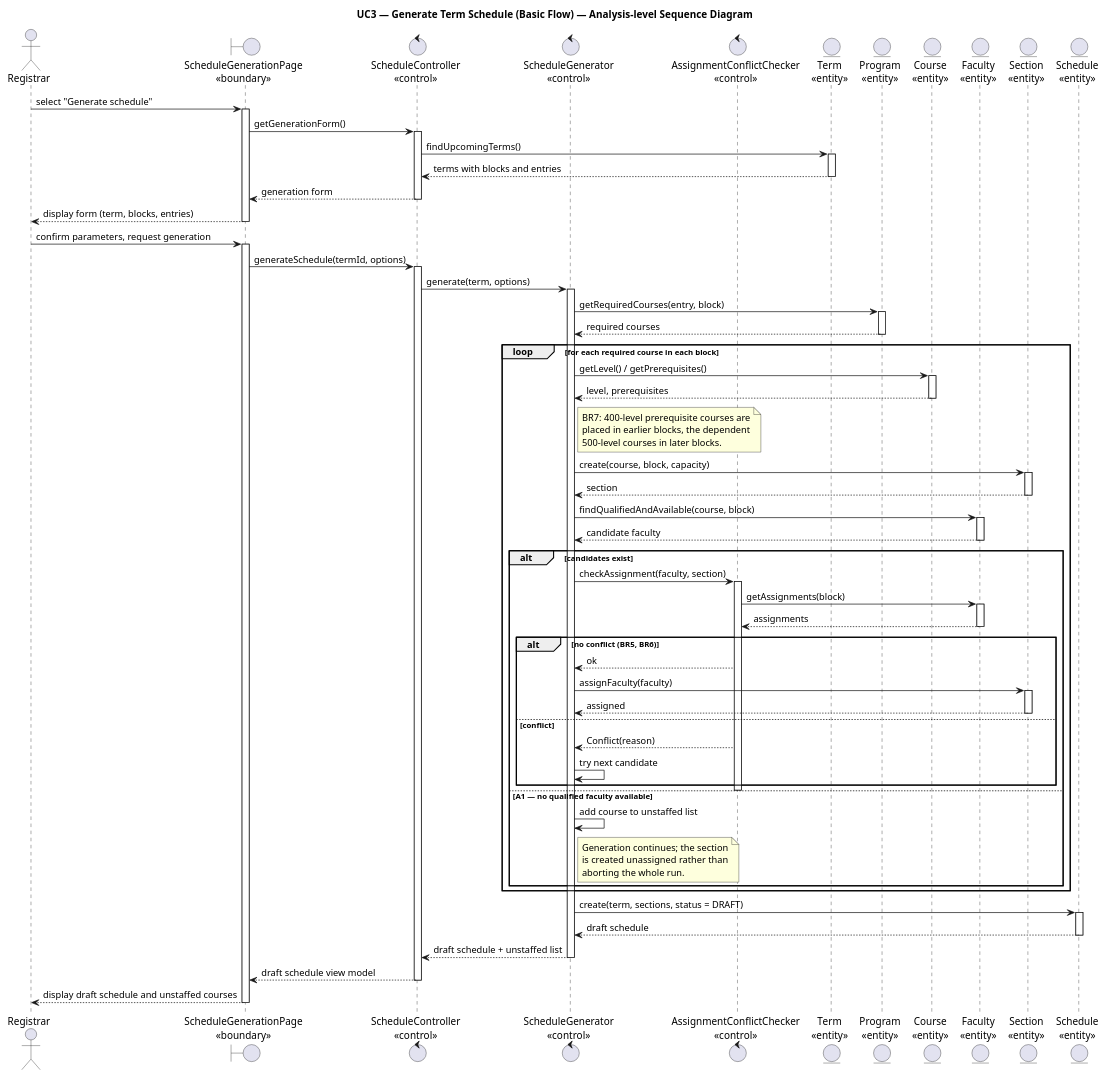
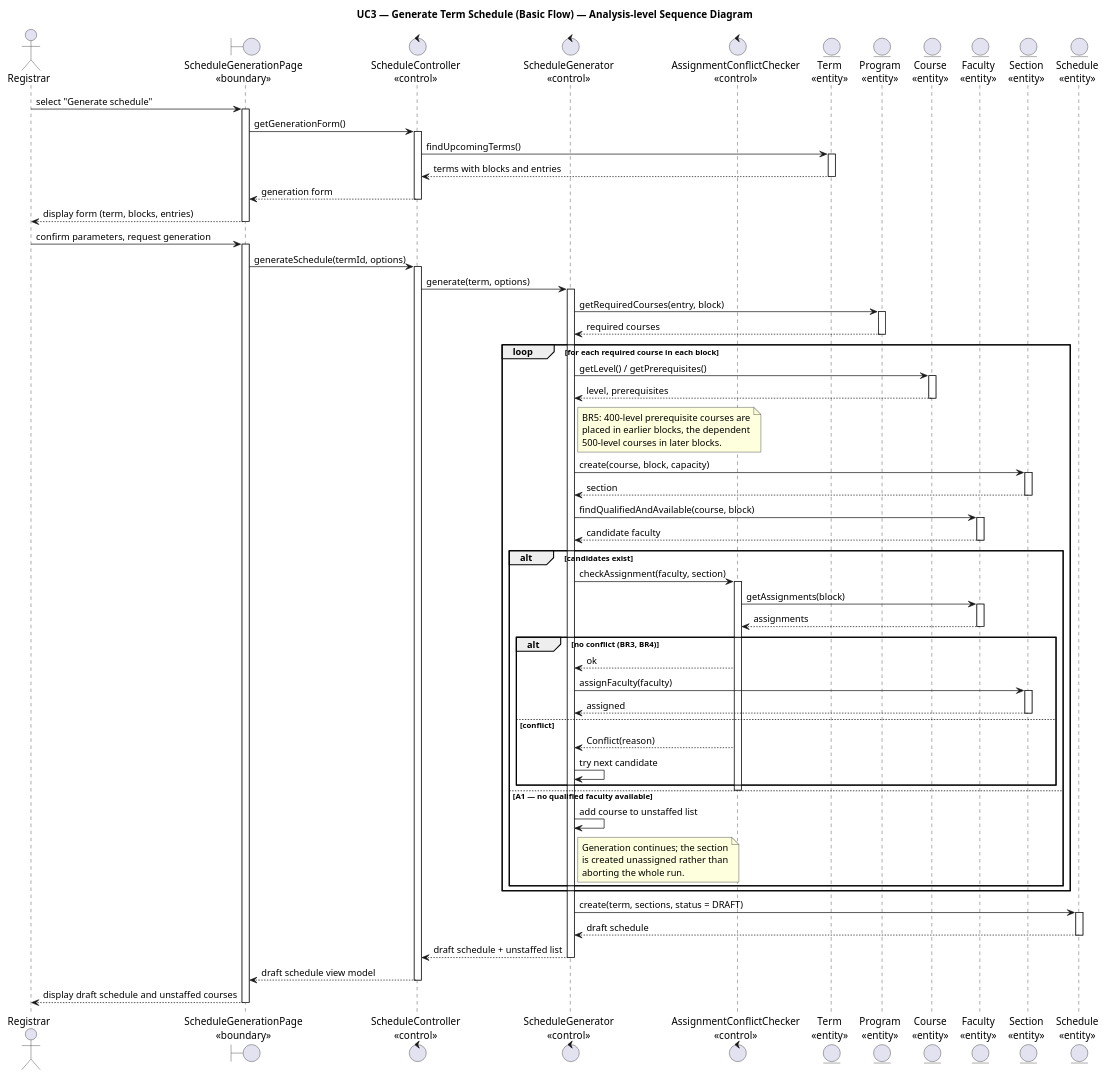
Before and after one commit to ElfatihZiad/eregistrar: the diagram in Lab4_SequenceDiagrams/diagrams/sd_uc3_generate_schedule.puml, drawn with PlantUML. The commit also changed 39 other files, not shown here.

```diff
--- a/Lab4_SequenceDiagrams/diagrams/sd_uc3_generate_schedule.puml
+++ b/Lab4_SequenceDiagrams/diagrams/sd_uc3_generate_schedule.puml
@@ -1,103 +1,103 @@
 @startuml sd_uc3_generate_schedule
 skinparam shadowing false
 title UC3 — Generate Term Schedule (Basic Flow) — Analysis-level Sequence Diagram
 
 actor "Registrar" as Admin
 boundary "ScheduleGenerationPage\n<<boundary>>" as UI
 control "ScheduleController\n<<control>>" as Ctrl
 control "ScheduleGenerator\n<<control>>" as Generator
 control "AssignmentConflictChecker\n<<control>>" as Checker
 entity "Term\n<<entity>>" as Term
 entity "Program\n<<entity>>" as Program
 entity "Course\n<<entity>>" as Course
 entity "Faculty\n<<entity>>" as Faculty
 entity "Section\n<<entity>>" as Section
 entity "Schedule\n<<entity>>" as Schedule
 
 Admin -> UI : select "Generate schedule"
 activate UI
 UI -> Ctrl : getGenerationForm()
 activate Ctrl
 Ctrl -> Term : findUpcomingTerms()
 activate Term
 Term --> Ctrl : terms with blocks and entries
 deactivate Term
 Ctrl --> UI : generation form
 deactivate Ctrl
 UI --> Admin : display form (term, blocks, entries)
 deactivate UI
 
 Admin -> UI : confirm parameters, request generation
 activate UI
 UI -> Ctrl : generateSchedule(termId, options)
 activate Ctrl
 Ctrl -> Generator : generate(term, options)
 activate Generator
 
 Generator -> Program : getRequiredCourses(entry, block)
 activate Program
 Program --> Generator : required courses
 deactivate Program
 
 loop for each required course in each block
     Generator -> Course : getLevel() / getPrerequisites()
     activate Course
     Course --> Generator : level, prerequisites
     deactivate Course
 
     note right of Generator
-      BR7: 400-level prerequisite courses are
+      BR5: 400-level prerequisite courses are
       placed in earlier blocks, the dependent
       500-level courses in later blocks.
     end note
 
     Generator -> Section : create(course, block, capacity)
     activate Section
     Section --> Generator : section
     deactivate Section
 
     Generator -> Faculty : findQualifiedAndAvailable(course, block)
     activate Faculty
     Faculty --> Generator : candidate faculty
     deactivate Faculty
 
     alt candidates exist
         Generator -> Checker : checkAssignment(faculty, section)
         activate Checker
         Checker -> Faculty : getAssignments(block)
         activate Faculty
         Faculty --> Checker : assignments
         deactivate Faculty
-        alt no conflict (BR5, BR6)
+        alt no conflict (BR3, BR4)
             Checker --> Generator : ok
             Generator -> Section : assignFaculty(faculty)
             activate Section
             Section --> Generator : assigned
             deactivate Section
         else conflict
             Checker --> Generator : Conflict(reason)
             Generator -> Generator : try next candidate
         end
         deactivate Checker
     else A1 — no qualified faculty available
         Generator -> Generator : add course to unstaffed list
         note right of Generator
           Generation continues; the section
           is created unassigned rather than
           aborting the whole run.
         end note
     end
 end
 
 Generator -> Schedule : create(term, sections, status = DRAFT)
 activate Schedule
 Schedule --> Generator : draft schedule
 deactivate Schedule
 Generator --> Ctrl : draft schedule + unstaffed list
 deactivate Generator
 Ctrl --> UI : draft schedule view model
 deactivate Ctrl
 UI --> Admin : display draft schedule and unstaffed courses
 deactivate UI
 
 @enduml
```
